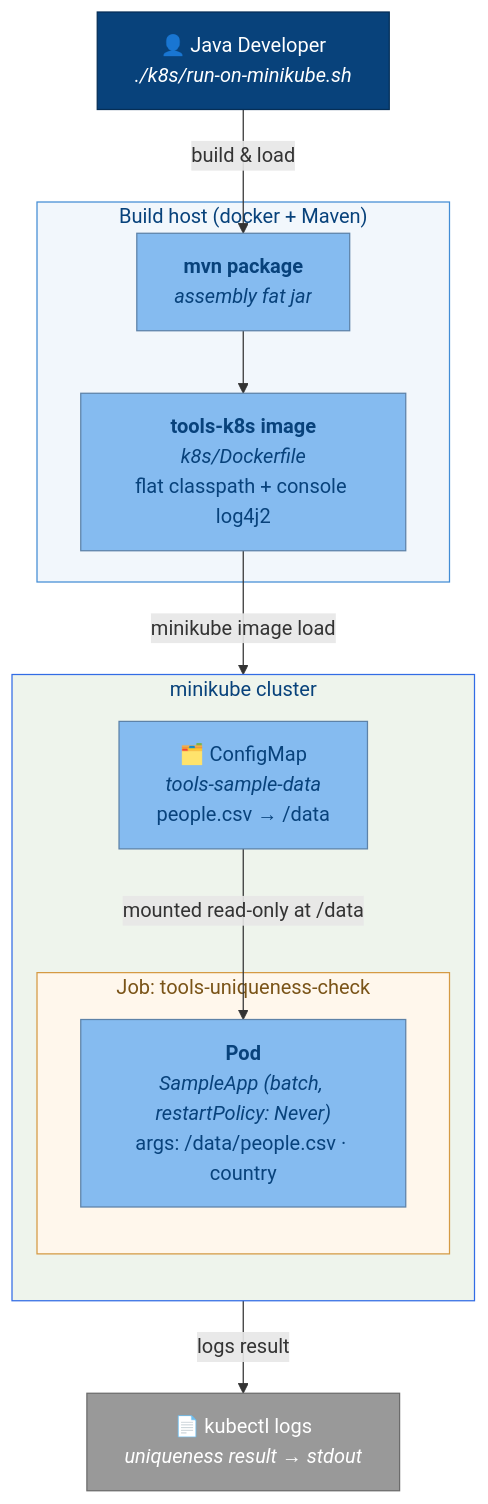
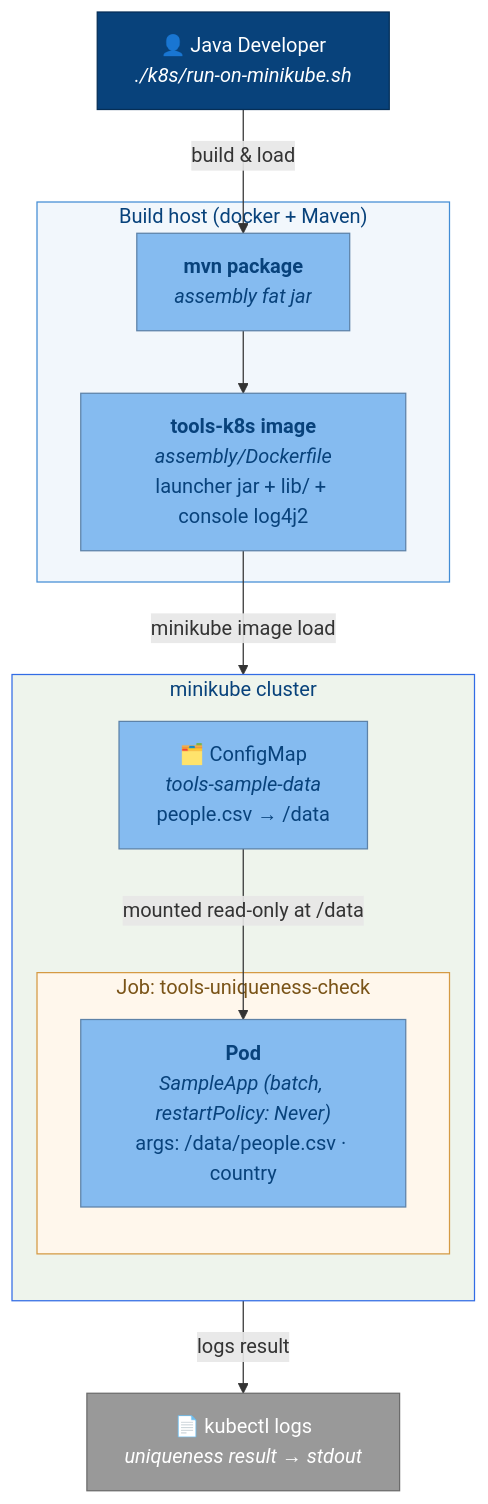
Before and after one commit to adamw7/tools: the ninth of 10 diagrams in docs/c4-architecture.md, drawn with Mermaid. The commit also changed other lines of this file and 16 other files, not shown here.

First line of the commit message:
fix(assembly,docker): make the container image runnable, shrink it, and gate it on PRs (#521)

````diff
--- a/docs/c4-architecture.md
+++ b/docs/c4-architecture.md
@@ -646,35 +646,35 @@
 ```mermaid
 flowchart TB
     dev["👤 Java Developer<br/><i>./k8s/run-on-minikube.sh</i>"]
 
     subgraph build ["Build host (docker + Maven)"]
         maven["<b>mvn package</b><br/><i>assembly fat jar</i>"]
-        image["<b>tools-k8s image</b><br/><i>k8s/Dockerfile</i><br/>flat classpath + console log4j2"]
+        image["<b>tools-k8s image</b><br/><i>assembly/Dockerfile</i><br/>launcher jar + lib/ + console log4j2"]
     end
 
     subgraph cluster ["minikube cluster"]
         direction TB
         subgraph job ["Job: tools-uniqueness-check"]
             pod["<b>Pod</b><br/><i>SampleApp (batch, restartPolicy: Never)</i><br/>args: /data/people.csv · country"]
         end
         cm["🗂️ ConfigMap<br/><i>tools-sample-data</i><br/>people.csv → /data"]
     end
 
     logs["📄 kubectl logs<br/><i>uniqueness result → stdout</i>"]
 
     dev -->|"build &amp; load"| maven
     maven --> image
     image -->|"minikube image load"| pod
     cm -->|"mounted read-only at /data"| pod
     pod -->|"logs result"| logs
 
     classDef person fill:#08427b,stroke:#052e56,color:#fff
     classDef comp fill:#85bbf0,stroke:#5d82a8,color:#08427b
     classDef ext fill:#999999,stroke:#6b6b6b,color:#fff
     class dev person
     class maven,image,pod,cm comp
     class logs ext
     style build fill:#f2f7fc,stroke:#438dd5,color:#08427b
     style cluster fill:#eef4ec,stroke:#326ce5,color:#08427b
     style job fill:#fff7ec,stroke:#d59a43,color:#7a5418
 ```
````
